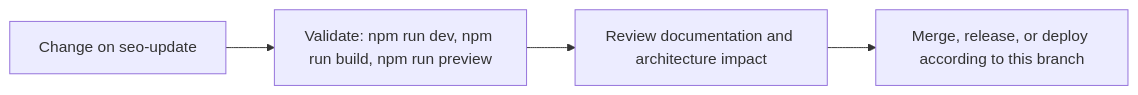
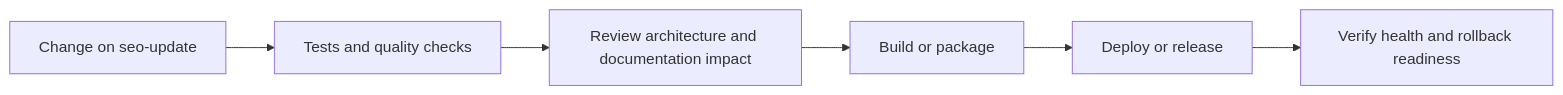
Before and after one commit to Nischhalsubba/nischhalsubba.com.np: the fourth of 5 diagrams in README.md, drawn with Mermaid. The commit also changed other lines of this file, not shown here.

````diff
--- a/README.md
+++ b/README.md
@@ -77,8 +154,8 @@
 ```mermaid
 flowchart LR
-    CHANGE["Change on seo-update"]
-    CHECK["Validate: npm run dev, npm run build, npm run preview"]
-    REVIEW["Review documentation and architecture impact"]
-    RELEASE["Merge, release, or deploy according to this branch"]
-    CHANGE --> CHECK --> REVIEW --> RELEASE
+    CHANGE["Change on seo-update"] --> CHECK["Tests and quality checks"]
+    CHECK --> REVIEW["Review architecture and documentation impact"]
+    REVIEW --> BUILD["Build or package"]
+    BUILD --> DEPLOY["Deploy or release"]
+    DEPLOY --> VERIFY["Verify health and rollback readiness"]
 ```
````
